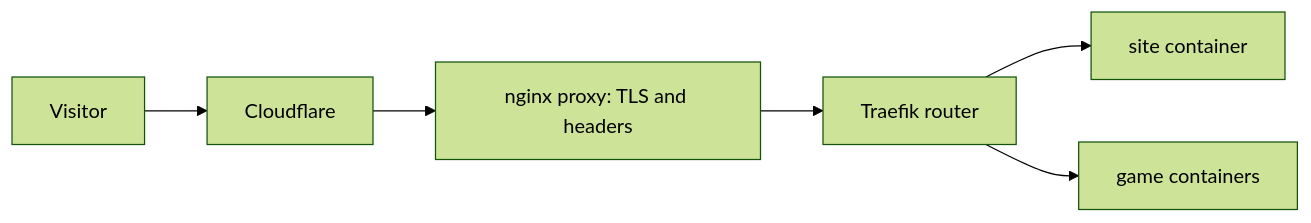
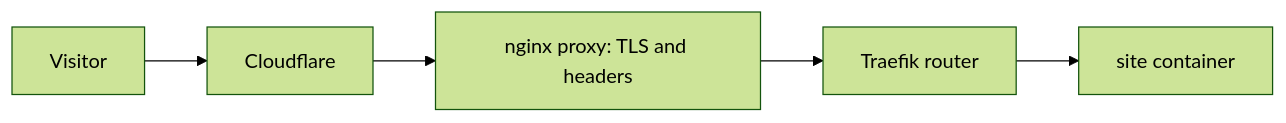
Before and after one commit to whenparty/whenparty: the diagram in temp-sites/README.md, drawn with Mermaid (forest theme). The commit also changed other lines of this file and 42 other files, not shown here.

First line of the commit message:
games: route the games with nginx, without Traefik

````diff
--- a/temp-sites/README.md
+++ b/temp-sites/README.md
@@ -7,8 +7,7 @@
 ```mermaid
 flowchart LR
   visitor[Visitor] --> cloudflare[Cloudflare]
   cloudflare --> proxy["nginx proxy: TLS and headers"]
   proxy --> traefik["Traefik router"]
   traefik --> site["site container"]
-  traefik --> games["game containers"]
 ```
````
